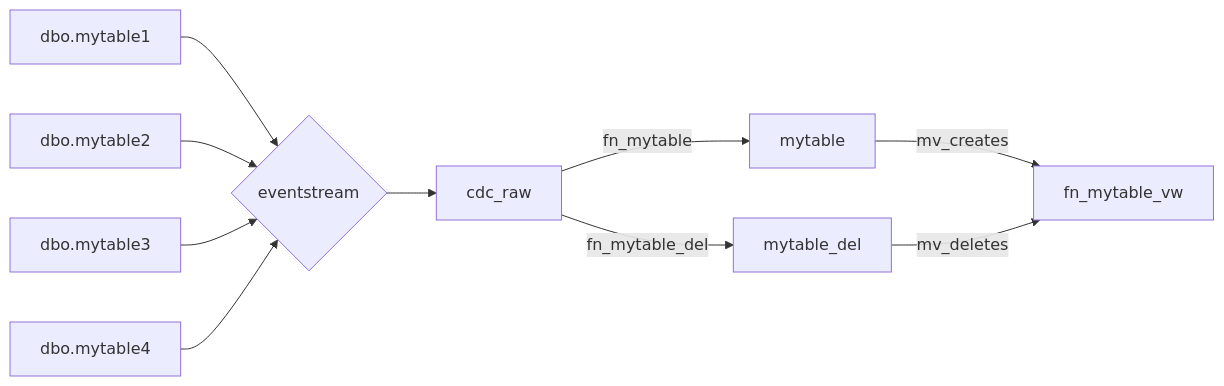
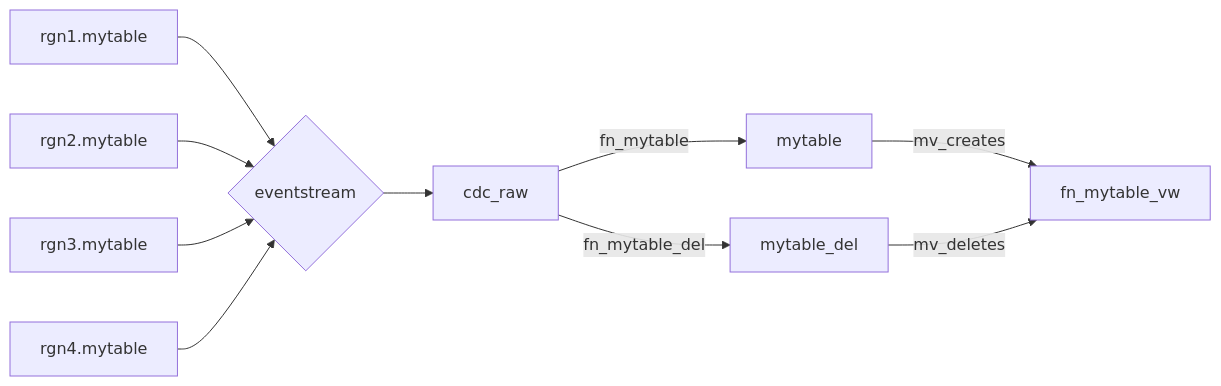
One commit to hfleitas/bigtuna changed the diagram in README.md. Above: the diagram before and after it, drawn with Mermaid.

````diff
--- a/README.md
+++ b/README.md
@@ -9,12 +9,12 @@
 ```mermaid
 graph LR
-   dbo.mytable1-->es
-   dbo.mytable2-->es
-   dbo.mytable3-->es
-   dbo.mytable4-->es
+   rgn1.mytable-->es
+   rgn2.mytable-->es
+   rgn3.mytable-->es
+   rgn4.mytable-->es
    es{eventstream}-->cdc_raw
    cdc_raw-->|fn_mytable | mytable
    cdc_raw-->|fn_mytable_del | mytable_del
    mytable -->|mv_creates | fn_mytable_vw
    mytable_del -->|mv_deletes | fn_mytable_vw
 ```
````
